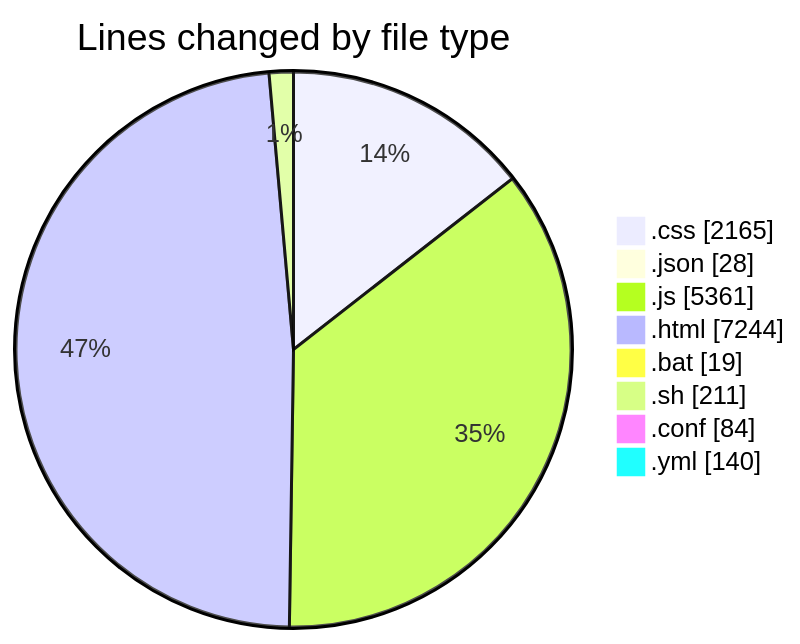
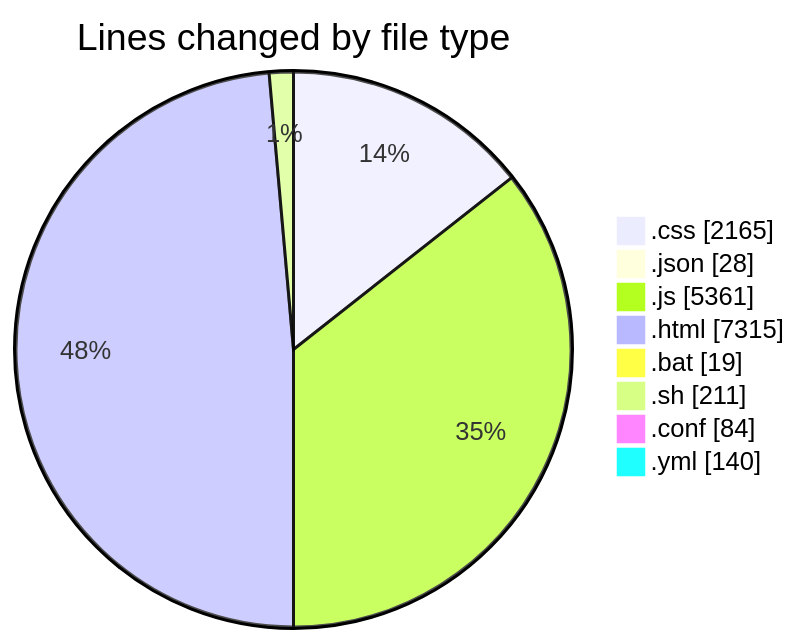
The first of 2 diagrams in 2026-02-18/bot_v1_2/README.md (becaeroporto-bot/code-tracking), drawn with Mermaid before and after one commit. The commit also changed other lines of this file and 1 other file, not shown here.

````diff
--- a/2026-02-18/bot_v1_2/README.md
+++ b/2026-02-18/bot_v1_2/README.md
@@ -44,12 +44,12 @@
 ```mermaid
 pie showData
 title Lines changed by file type
 ".css" : 2165
 ".json" : 28
 ".js" : 5361
-".html" : 7244
+".html" : 7315
 ".bat" : 19
 ".sh" : 211
 ".conf" : 84
 ".yml" : 140
 ```
````
